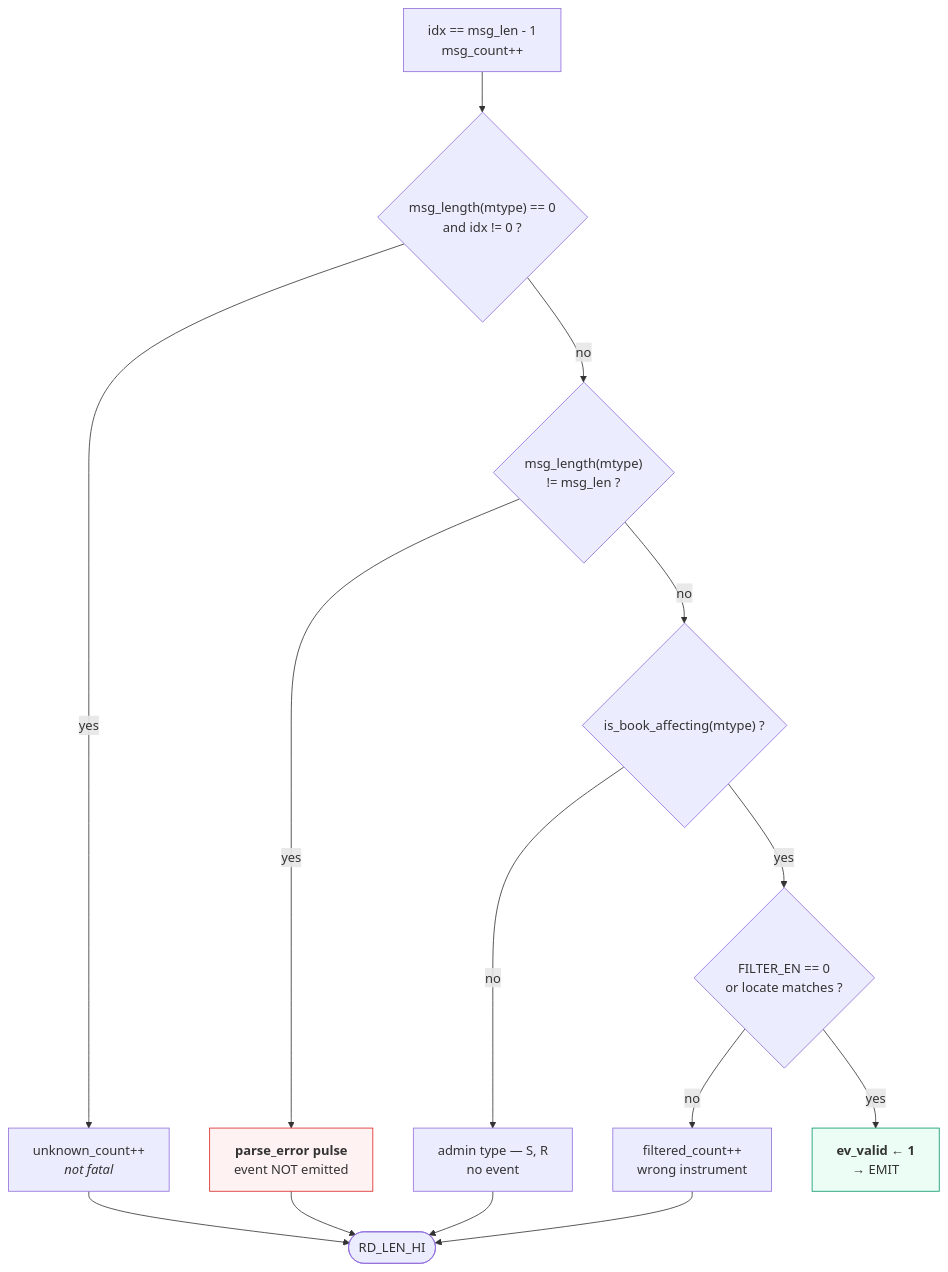
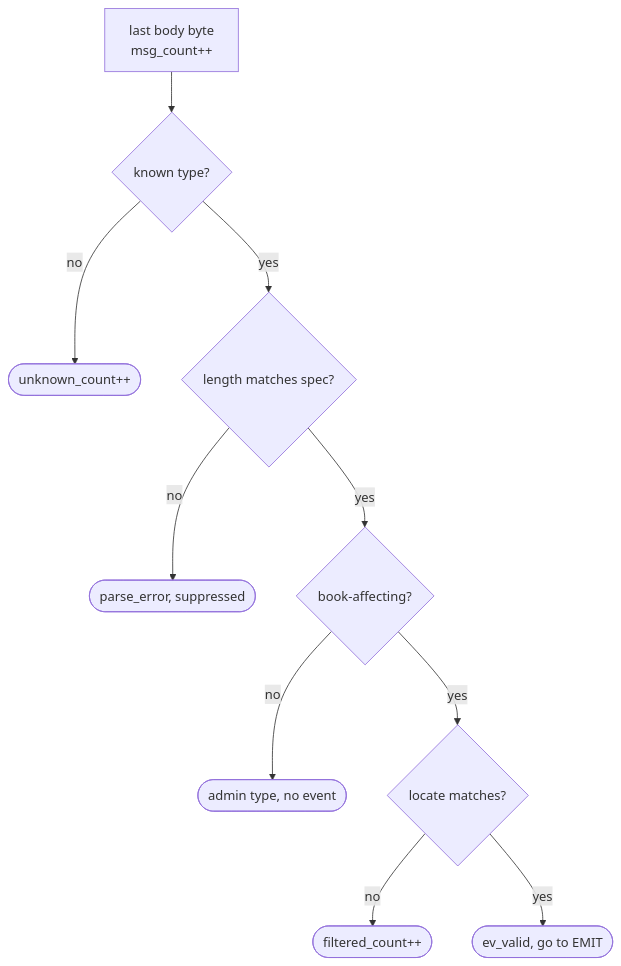
The second of 3 diagrams in docs/diagrams/itch_parser.md (Rushmello369/fpga-feed-handler), drawn with Mermaid before and after one commit. The commit also changed other lines of this file and 12 other files, not shown here.

Commit message:
add diagrams for system and module architectures

````diff
--- a/docs/diagrams/itch_parser.md
+++ b/docs/diagrams/itch_parser.md
@@ -42,28 +30,13 @@
 ```mermaid
 flowchart TD
-    EOM["idx == msg_len - 1<br/>msg_count++"]
-    Q1{"msg_length(mtype) == 0<br/>and idx != 0 ?"}
-    Q2{"msg_length(mtype)<br/>!= msg_len ?"}
-    Q3{"is_book_affecting(mtype) ?"}
-    Q4{"FILTER_EN == 0<br/>or locate matches ?"}
-
-    EOM --> Q1
-    Q1 -->|yes| UNK["unknown_count++<br/><i>not fatal</i>"]
-    Q1 -->|no| Q2
-    Q2 -->|yes| ERR["<b>parse_error pulse</b><br/>event NOT emitted"]
-    Q2 -->|no| Q3
-    Q3 -->|no| ADM["admin type — S, R<br/>no event"]
-    Q3 -->|yes| Q4
-    Q4 -->|no| FIL["filtered_count++<br/>wrong instrument"]
-    Q4 -->|yes| OK["<b>ev_valid ← 1</b><br/>→ EMIT"]
-
-    UNK --> BACK(["RD_LEN_HI"])
-    ERR --> BACK
-    ADM --> BACK
-    FIL --> BACK
-
-    classDef good fill:#ecfdf5,stroke:#059669
-    classDef bad fill:#fef2f2,stroke:#dc2626
-    class OK good
-    class ERR bad
+    EOM[last body byte<br/>msg_count++]
+    EOM --> Q1{known type?}
+    Q1 -->|no| UNK([unknown_count++])
+    Q1 -->|yes| Q2{length matches spec?}
+    Q2 -->|no| ERR([parse_error, suppressed])
+    Q2 -->|yes| Q3{book-affecting?}
+    Q3 -->|no| ADM([admin type, no event])
+    Q3 -->|yes| Q4{locate matches?}
+    Q4 -->|no| FIL([filtered_count++])
+    Q4 -->|yes| OK([ev_valid, go to EMIT])
 ```
````
